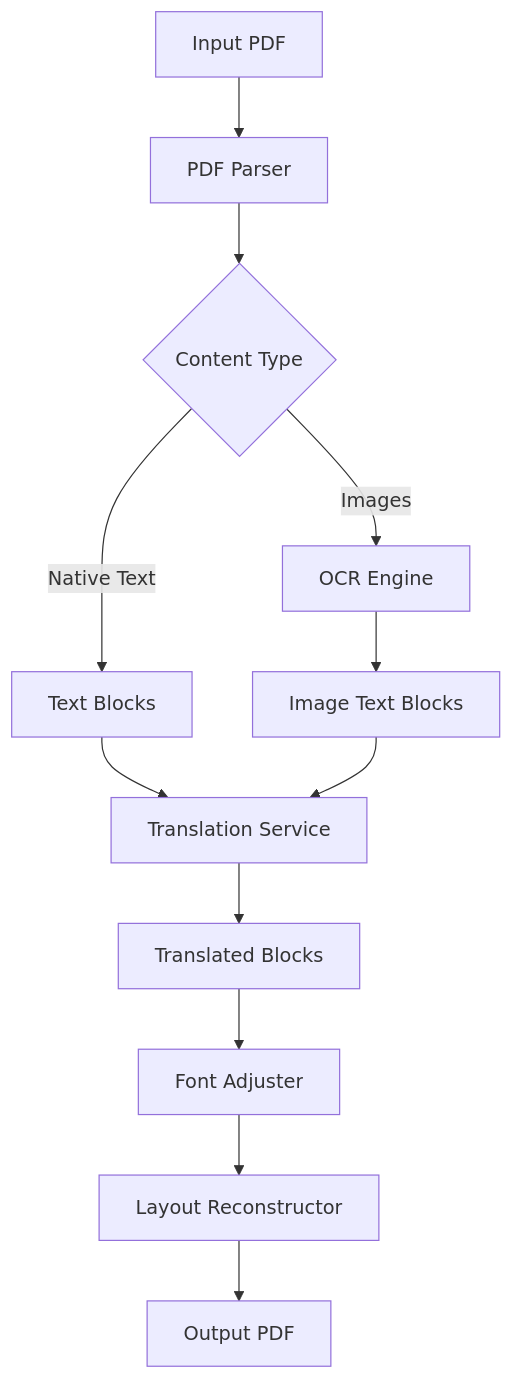
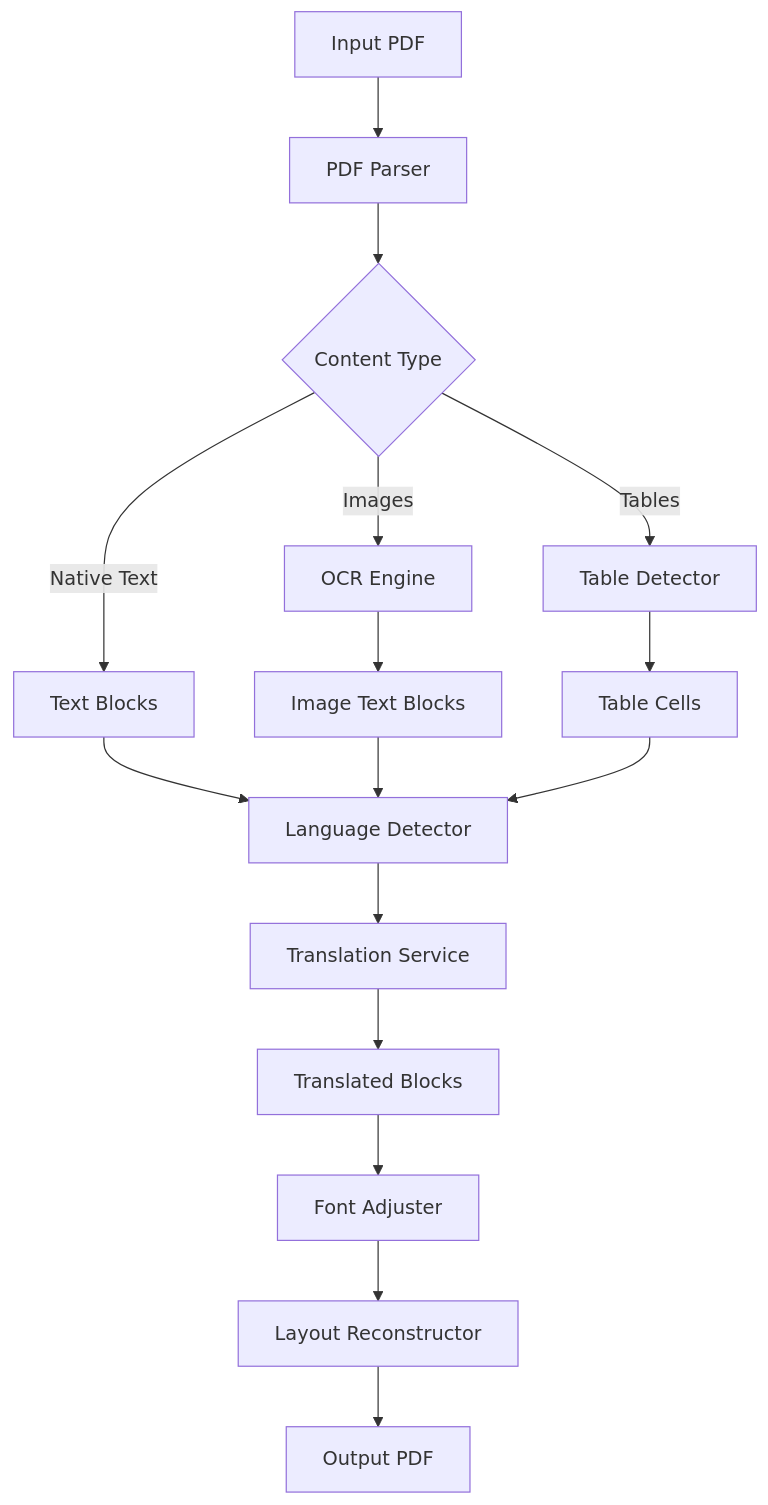
The diagram in .kiro/specs/document-translator/design.md (shuban2204/DocLayoutPreserver), drawn with Mermaid before and after one commit. The commit also changed other lines of this file and 29 other files, not shown here.

````diff
--- a/.kiro/specs/document-translator/design.md
+++ b/.kiro/specs/document-translator/design.md
@@ -11,14 +11,18 @@
 ```mermaid
 flowchart TD
     A[Input PDF] --> B[PDF Parser]
     B --> C{Content Type}
     C -->|Native Text| D[Text Blocks]
     C -->|Images| E[OCR Engine]
+    C -->|Tables| T[Table Detector]
+    T --> TC[Table Cells]
     E --> F[Image Text Blocks]
-    D --> G[Translation Service]
-    F --> G
+    D --> LD[Language Detector]
+    F --> LD
+    TC --> LD
+    LD --> G[Translation Service]
     G --> H[Translated Blocks]
     H --> I[Font Adjuster]
     I --> J[Layout Reconstructor]
     J --> K[Output PDF]
 ```
````
